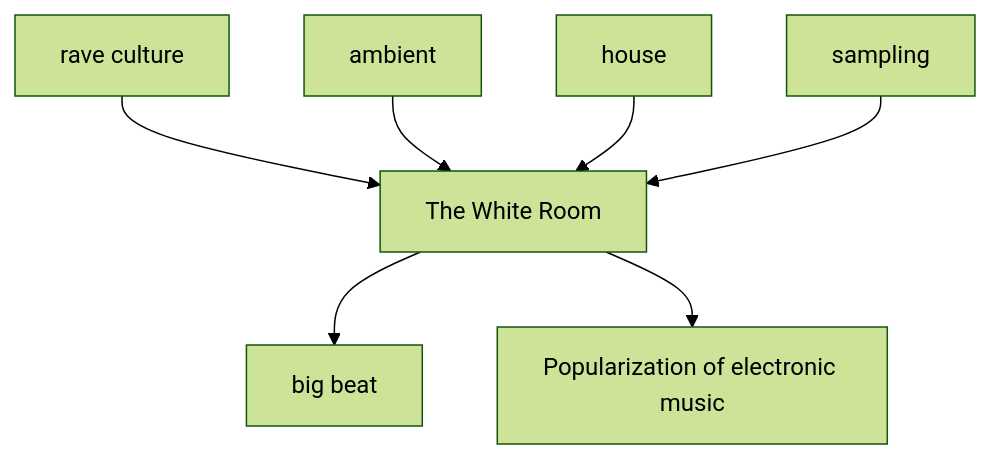
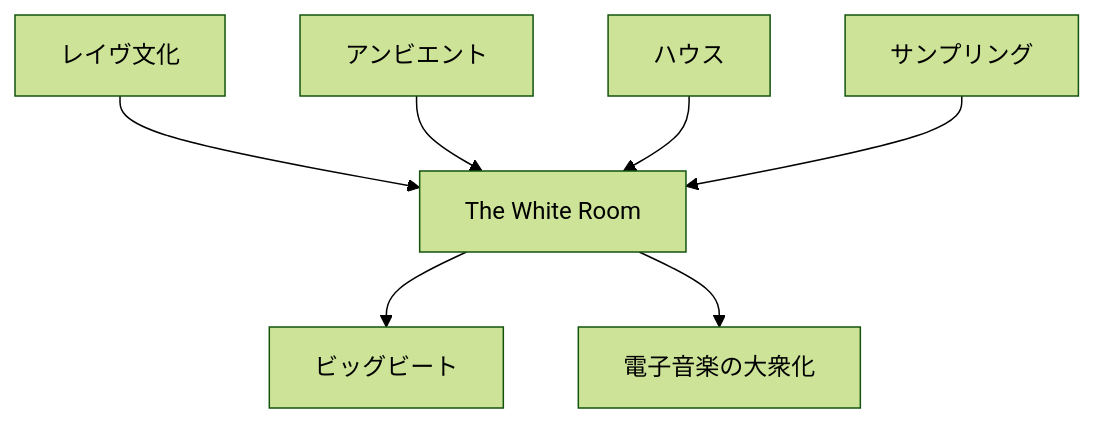
Before and after one commit to monumental-movement/monumental-movement.github.io: the ninth of 10 diagrams in en/_posts/2026-07-03-column-influential-album-07.md, drawn with Mermaid (forest theme). The commit also changed other lines of this file and 2196 other files, not shown here.

```diff
--- a/en/_posts/2026-07-03-column-influential-album-07.md
+++ b/en/_posts/2026-07-03-column-influential-album-07.md
@@ -1499,19 +1497,19 @@
 <div class="mermaid">
 flowchart TD
 
-A[rave culture]
-B[ambient]
-C[house]
-D[sampling]
+A[レイヴ文化]
+B[アンビエント]
+C[ハウス]
+D[サンプリング]
 E[The White Room]
-F[big beat]
-G[Popularization of electronic music]
+F[ビッグビート]
+G[電子音楽の大衆化]
 
 A --> E
 B --> E
 C --> E
 D --> E
 E --> F
 E --> G
 
 </div>
```
